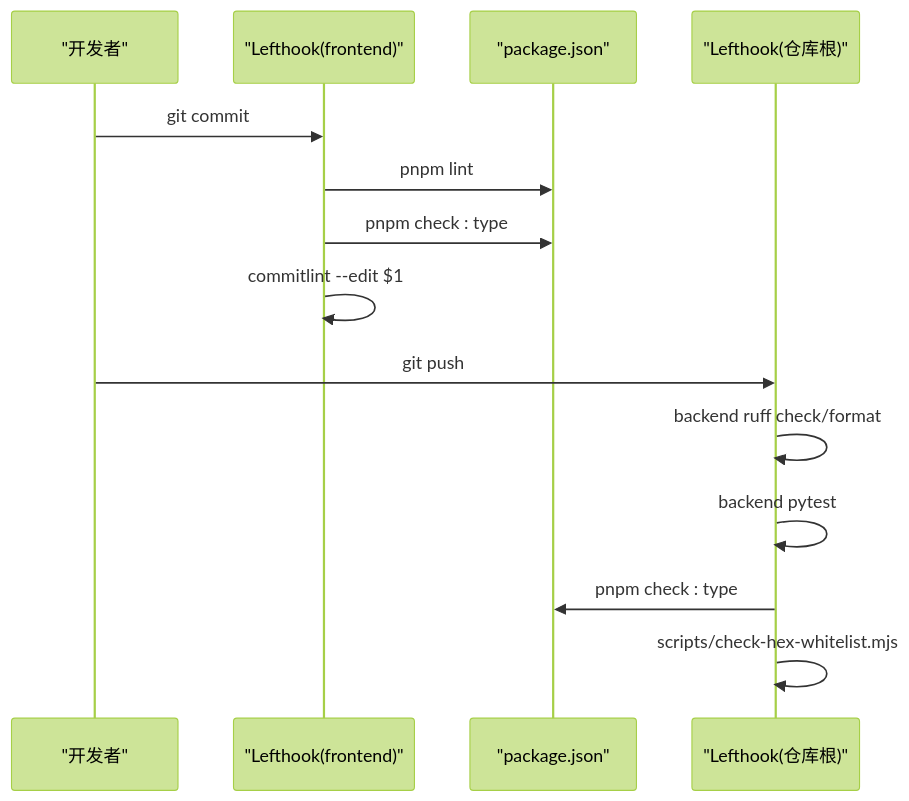
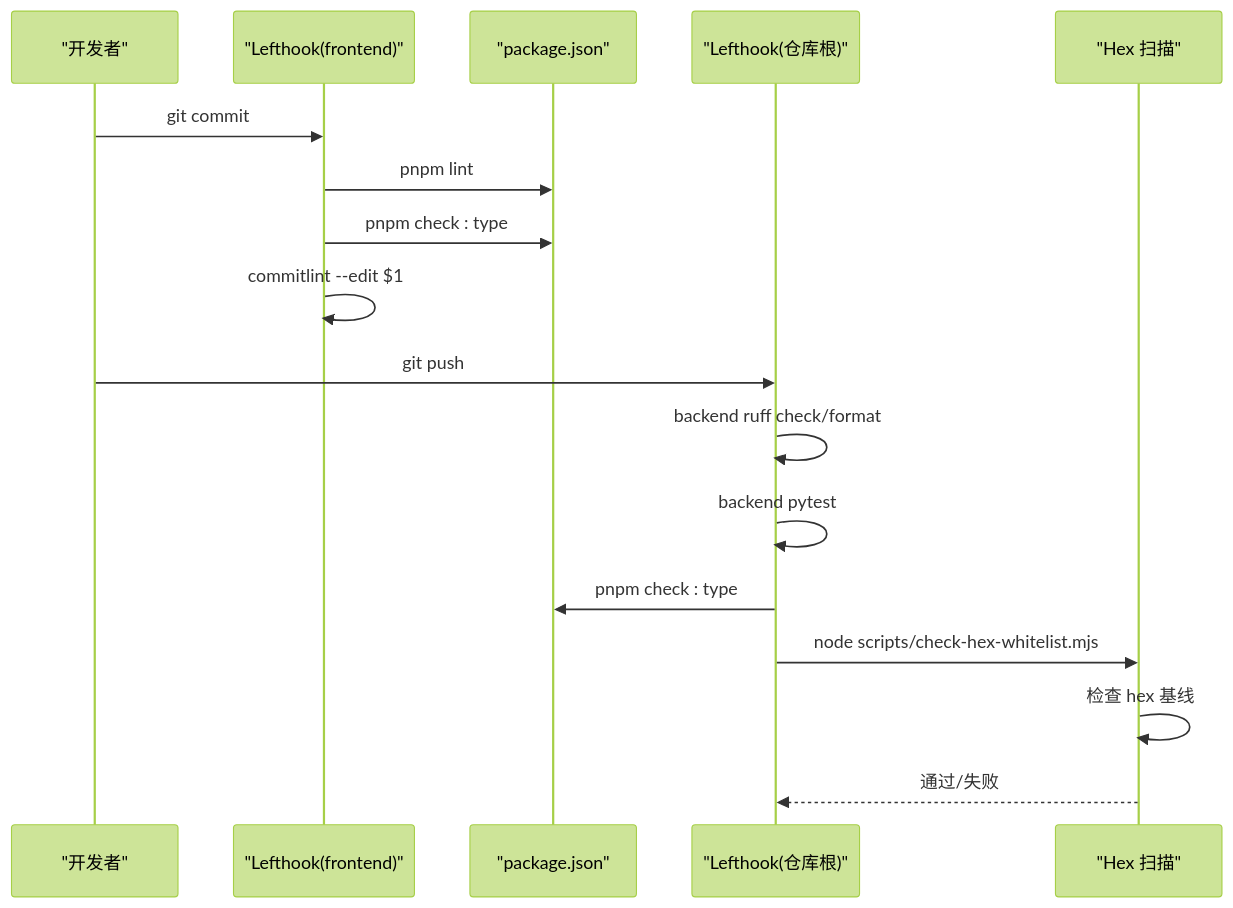
The seventh of 8 diagrams in .qoder/repowiki/zh/content/前端架构/构建配置/质量保障配置.md (hlszp/CLPM-MVP), drawn with Mermaid (forest theme) before and after one commit. The commit also changed other lines of this file and 207 other files, not shown here.

````diff
--- a/.qoder/repowiki/zh/content/前端架构/构建配置/质量保障配置.md
+++ b/.qoder/repowiki/zh/content/前端架构/构建配置/质量保障配置.md
@@ -182,16 +242,19 @@
 ```mermaid
 sequenceDiagram
 participant Dev as "开发者"
 participant FE as "Lefthook(frontend)"
 participant PKG as "package.json"
 participant Root as "Lefthook(仓库根)"
+participant HEX as "Hex 扫描"
 Dev->>FE : git commit
 FE->>PKG : pnpm lint
 FE->>PKG : pnpm check : type
 FE->>FE : commitlint --edit $1
 Dev->>Root : git push
 Root->>Root : backend ruff check/format
 Root->>Root : backend pytest
 Root->>PKG : pnpm check : type
-Root->>Root : scripts/check-hex-whitelist.mjs
+Root->>HEX : node scripts/check-hex-whitelist.mjs
+HEX->>HEX : 检查 hex 基线
+HEX-->>Root : 通过/失败
 ```
````
